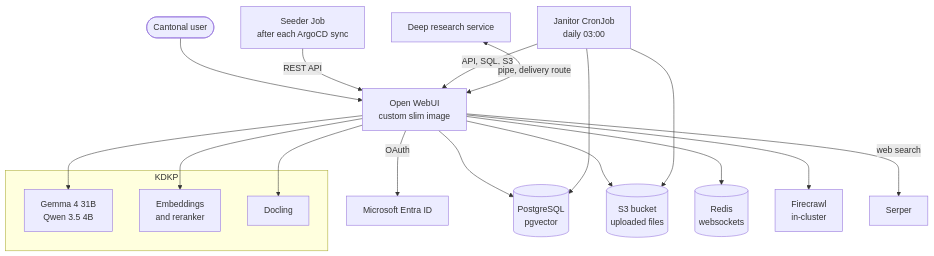
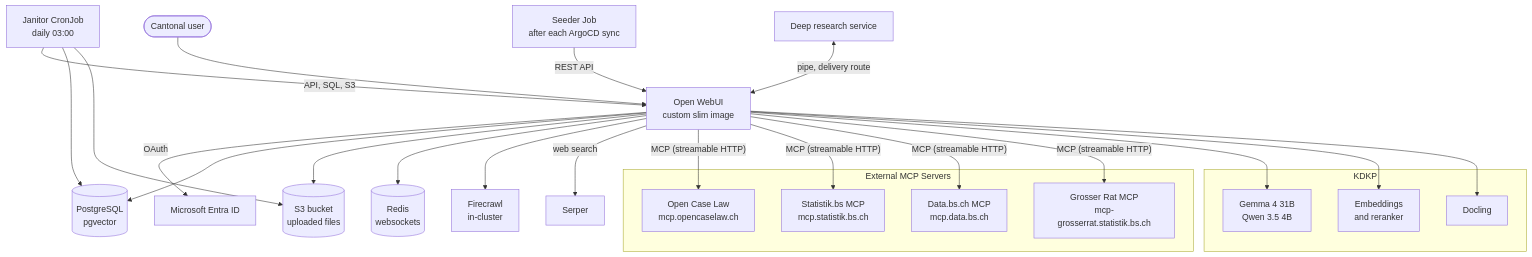
The diagram in markdown/apps/bebbi-bot/index.md (DCC-BS/documentation), drawn with Mermaid before and after one commit. The commit also changed other lines of this file and 10 other files, not shown here.

Commit message:
Document MCPs and improve diagrame view by adding a zoom

````diff
--- a/markdown/apps/bebbi-bot/index.md
+++ b/markdown/apps/bebbi-bot/index.md
@@ -38,26 +38,37 @@
 ```mermaid
 graph TB
     User([Cantonal user]) --> OWUI[Open WebUI<br/>custom slim image]
     OWUI -- OAuth --> AAD[Microsoft Entra ID]
     OWUI --> PG[(PostgreSQL<br/>pgvector)]
     OWUI --> S3[(S3 bucket<br/>uploaded files)]
     OWUI --> Redis[(Redis<br/>websockets)]
     OWUI --> FC[Firecrawl<br/>in-cluster]
     OWUI -- web search --> Serper[Serper]
+
+    subgraph ExternalMCP["External MCP Servers"]
+        OCL[Open Case Law<br/>mcp.opencaselaw.ch]
+        STAT[Statistik.bs MCP<br/>mcp.statistik.bs.ch]
+        DATA[Data.bs.ch MCP<br/>mcp.data.bs.ch]
+        GR[Grosser Rat MCP<br/>mcp-grosserrat.statistik.bs.ch]
+    end
+    OWUI -- MCP (streamable HTTP) --> OCL
+    OWUI -- MCP (streamable HTTP) --> STAT
+    OWUI -- MCP (streamable HTTP) --> DATA
+    OWUI -- MCP (streamable HTTP) --> GR
 
     subgraph KDKP["KDKP"]
         LLM[Gemma 4 31B<br/>Qwen 3.5 4B]
         EMB[Embeddings<br/>and reranker]
         DOC[Docling]
     end
     OWUI --> LLM
     OWUI --> EMB
     OWUI --> DOC
 
     Seeder[Seeder Job<br/>after each ArgoCD sync] -- REST API --> OWUI
     Janitor[Janitor CronJob<br/>daily 03:00] -- API, SQL, S3 --> OWUI
     Janitor --> PG
     Janitor --> S3
 
     DR[Deep research service] <-- pipe, delivery route --> OWUI
 ```
````
